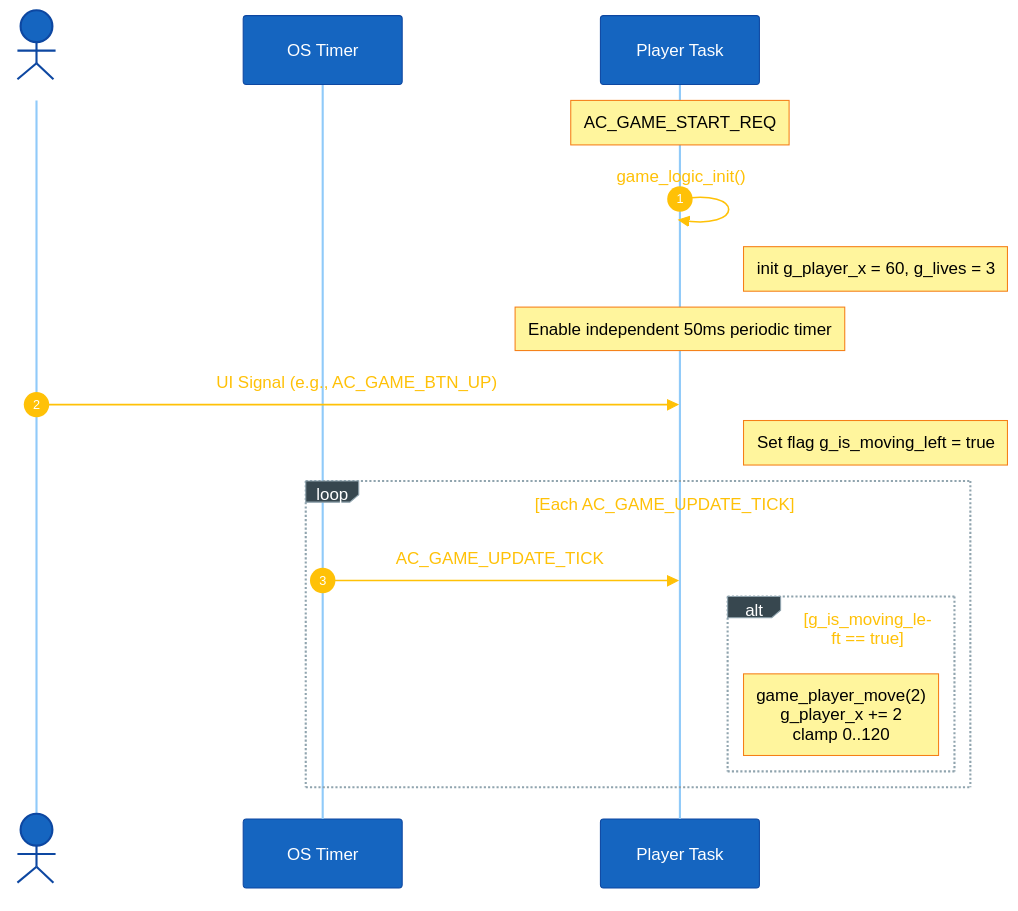
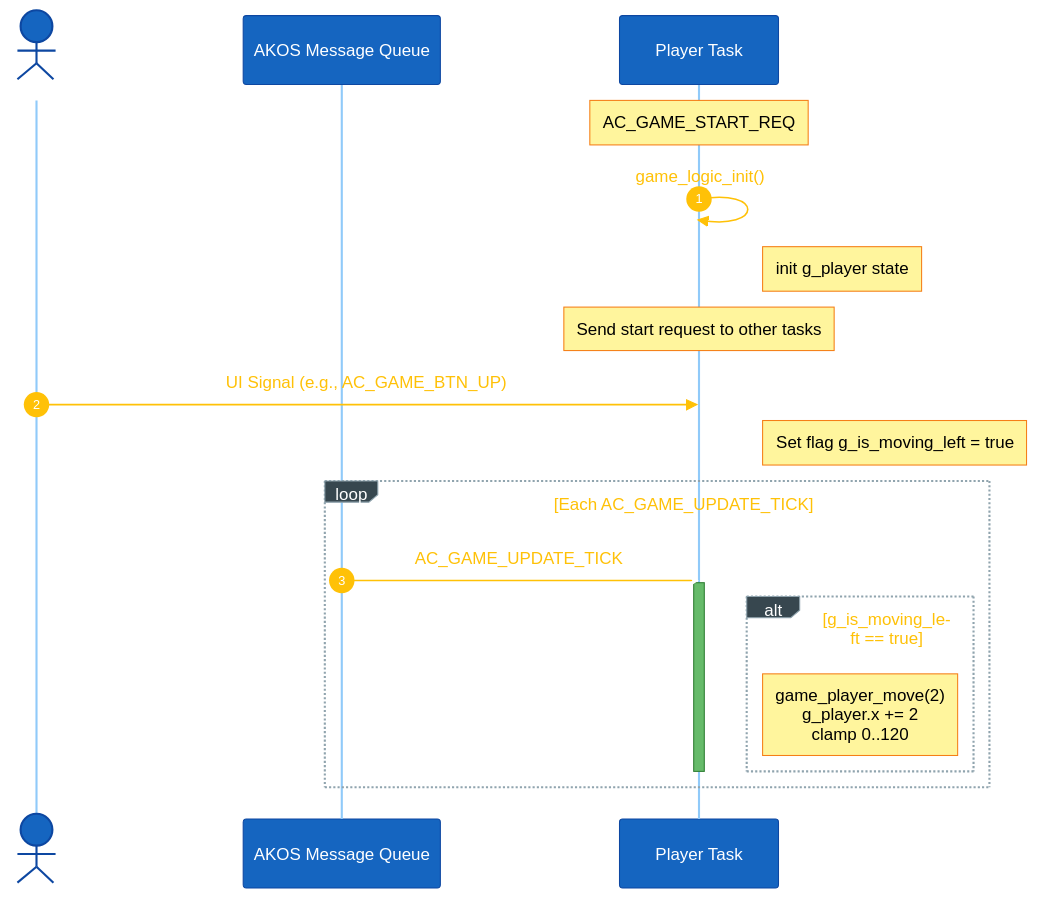
Before and after one commit to Khang123699/space_shooter_game: the first of 3 diagrams in docs/03-design-sequence-object.md, drawn with Mermaid. The commit also changed other lines of this file and 2 other files, not shown here.

Commit message:
[UPDATE] Update docs

````diff
--- a/docs/03-design-sequence-object.md
+++ b/docs/03-design-sequence-object.md
@@ -29,23 +29,25 @@
 ```mermaid
 %%{init: {'theme':'base','themeVariables':{'fontSize':'18px','primaryColor':'#1565c0','primaryTextColor':'#ffffff','primaryBorderColor':'#0d47a1','lineColor':'#90a4ae','signalColor':'#ffc107','signalTextColor':'#ffc107','actorBkg':'#1565c0','actorBorder':'#0d47a1','actorTextColor':'#ffffff','actorLineColor':'#90caf9','noteBkgColor':'#fff59d','noteTextColor':'#000000','noteBorderColor':'#f57f17','activationBkgColor':'#66bb6a','activationBorderColor':'#2e7d32','sequenceNumberColor':'#ffffff','loopTextColor':'#ffc107','labelBoxBkgColor':'#37474f','labelBoxBorderColor':'#90a4ae','labelTextColor':'#ffffff'},'sequence':{'actorMargin':120,'messageFontSize':17,'noteFontSize':15,'actorFontSize':17,'boxMargin':15,'boxTextMargin':8,'noteMargin':12,'useMaxWidth':true}}}%%
 sequenceDiagram
     autonumber
     actor Btn as Button
-    participant OS as OS Timer
+    participant Q as AKOS Message Queue
     participant Tsk as Player Task
     
     Note over Tsk: AC_GAME_START_REQ
     Tsk->>Tsk: game_logic_init()
-    Note right of Tsk: init g_player_x = 60, g_lives = 3
-    Note over Tsk: Enable independent 50ms periodic timer
+    Note right of Tsk: init g_player state
+    Note over Tsk: Send start request to other tasks
     
     Btn->>Tsk: UI Signal (e.g., AC_GAME_BTN_UP)
     Note right of Tsk: Set flag g_is_moving_left = true
     
     loop Each AC_GAME_UPDATE_TICK
-        OS->>Tsk: AC_GAME_UPDATE_TICK
+        Q-)Tsk: AC_GAME_UPDATE_TICK
+        activate Tsk
         alt g_is_moving_left == true
-            Note right of Tsk: game_player_move(2)<br/>g_player_x += 2<br/>clamp 0..120
+            Note right of Tsk: game_player_move(2)<br/>g_player.x += 2<br/>clamp 0..120
         end
+        deactivate Tsk
     end
 ```
````
